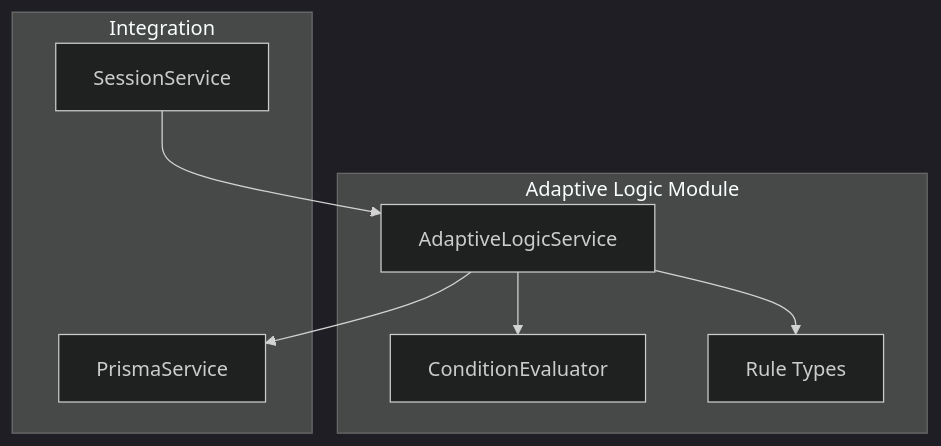
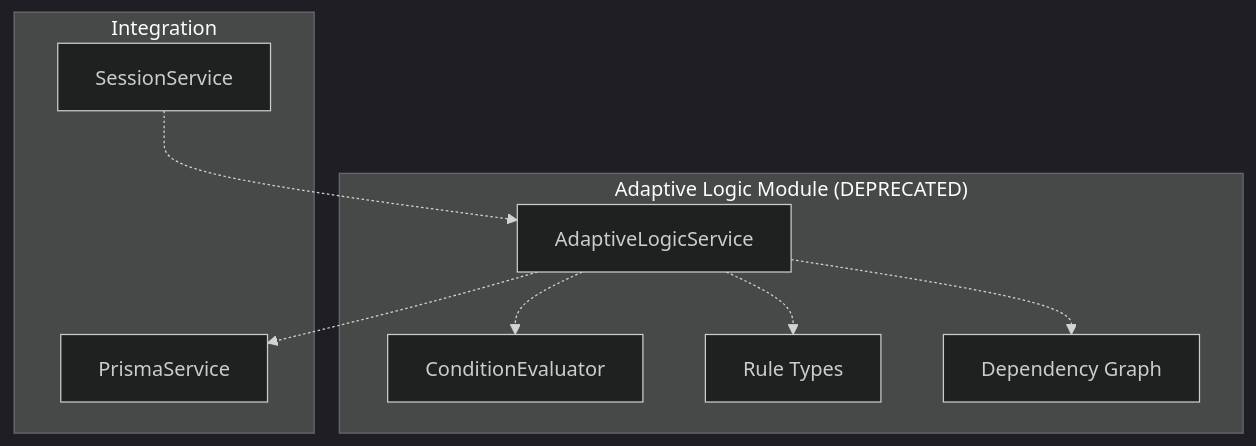
One commit to Avi-Bendetsky/Quiz-to-build changed the first of 2 diagrams in .qoder/repowiki/en/content/Core Modules/Adaptive Logic Module.md. Above: the diagram before and after it, drawn with Mermaid (dark theme). The commit also changed other lines of this file and 41 other files, not shown here.

````diff
--- a/.qoder/repowiki/en/content/Core Modules/Adaptive Logic Module.md
+++ b/.qoder/repowiki/en/content/Core Modules/Adaptive Logic Module.md
@@ -38,16 +51,18 @@
 ```mermaid
 graph TB
-subgraph "Adaptive Logic Module"
+subgraph "Adaptive Logic Module (DEPRECATED)"
 ALS["AdaptiveLogicService"]
 CE["ConditionEvaluator"]
 RT["Rule Types"]
+DG["Dependency Graph"]
 end
 subgraph "Integration"
 SS["SessionService"]
 DB["PrismaService"]
 end
-SS --> ALS
-ALS --> CE
-ALS --> DB
-ALS --> RT
+ALS -.-> CE
+ALS -.-> RT
+ALS -.-> DG
+SS -.-> ALS
+ALS -.-> DB
 ```
````
